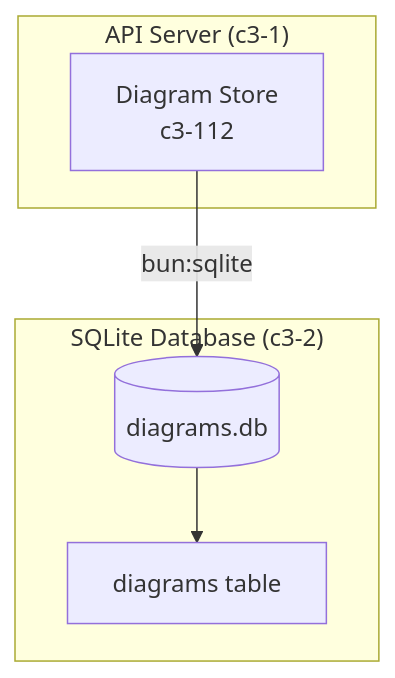
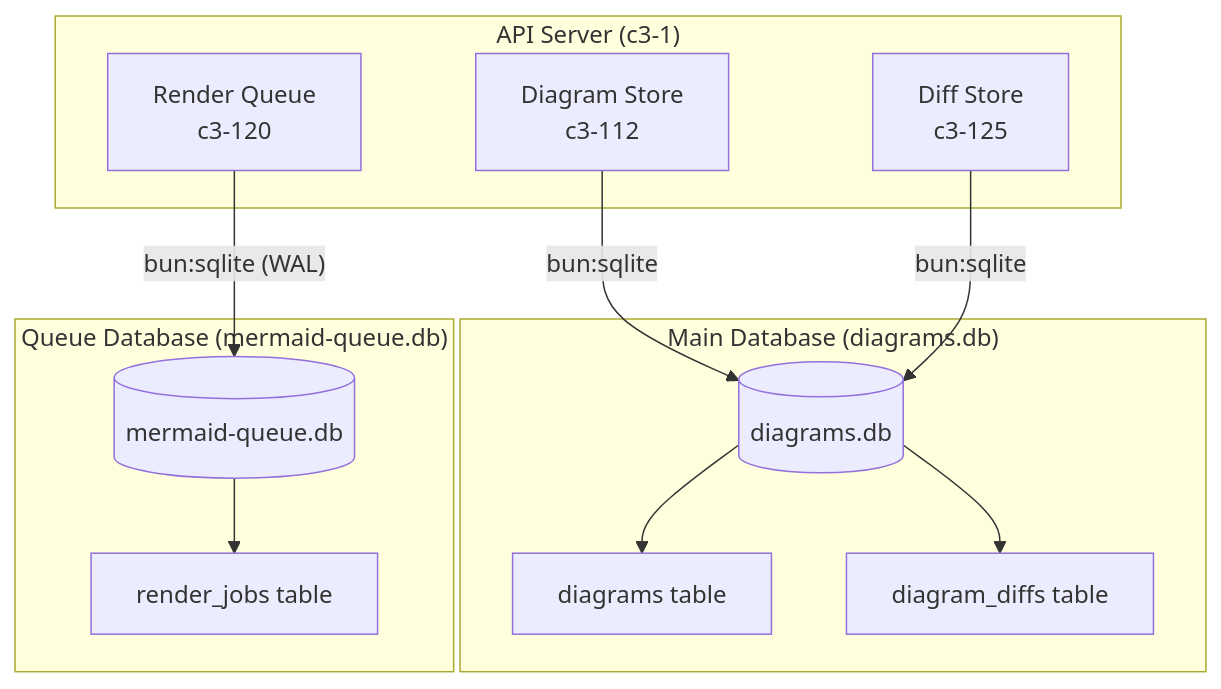
One commit to lagz0ne/diashort changed the first of 2 diagrams in .c3/c3-2-sqlite-db/README.md. Above: the diagram before and after it, drawn with Mermaid. The commit also changed other lines of this file and 31 other files, not shown here.

````diff
--- a/.c3/c3-2-sqlite-db/README.md
+++ b/.c3/c3-2-sqlite-db/README.md
@@ -18,14 +18,26 @@
 ```mermaid
 flowchart TB
     subgraph API["API Server (c3-1)"]
         DiagramStore["Diagram Store<br/>c3-112"]
+        DiffStore["Diff Store<br/>c3-125"]
+        RenderQueue["Render Queue<br/>c3-120"]
     end
 
-    subgraph SQLite["SQLite Database (c3-2)"]
+    subgraph MainDB["Main Database (diagrams.db)"]
         DB[("diagrams.db")]
         Diagrams["diagrams table"]
+        Diffs["diagram_diffs table"]
+    end
+
+    subgraph QueueDB["Queue Database (mermaid-queue.db)"]
+        QDB[("mermaid-queue.db")]
+        Jobs["render_jobs table"]
     end
 
     DiagramStore -->|"bun:sqlite"| DB
+    DiffStore -->|"bun:sqlite"| DB
     DB --> Diagrams
+    DB --> Diffs
+    RenderQueue -->|"bun:sqlite (WAL)"| QDB
+    QDB --> Jobs
 ```
````
